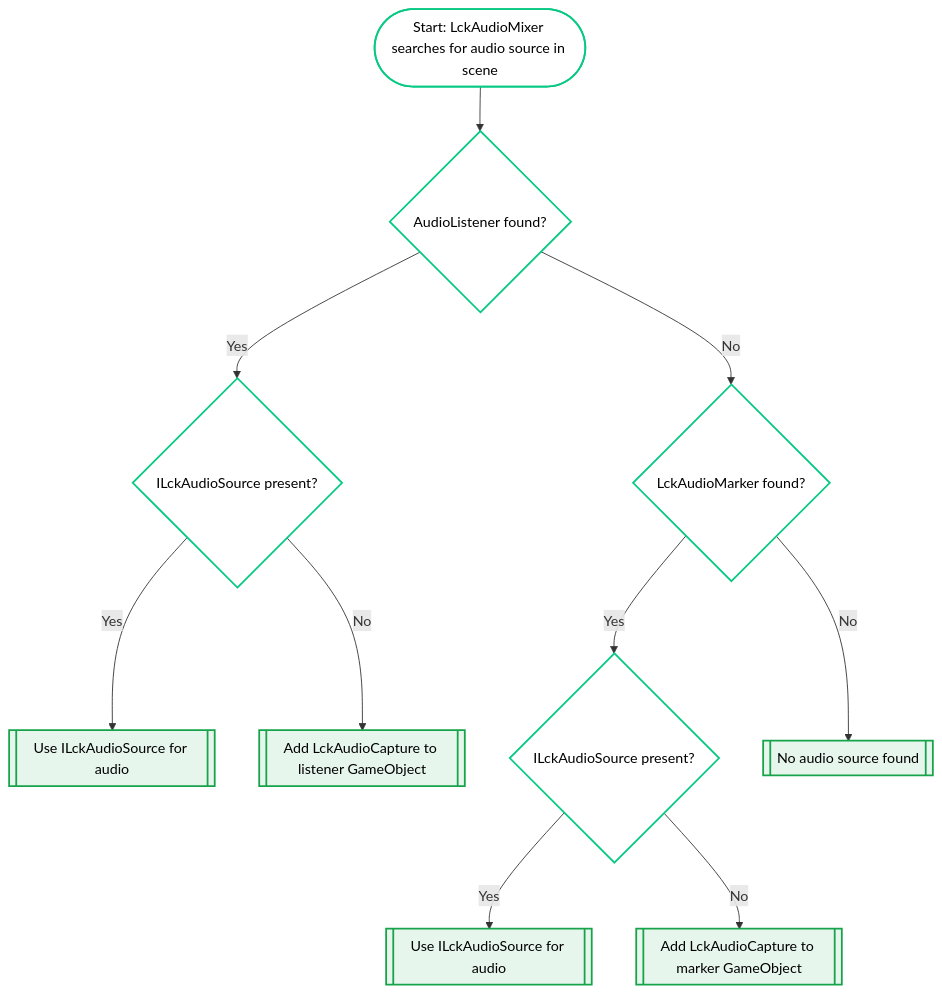
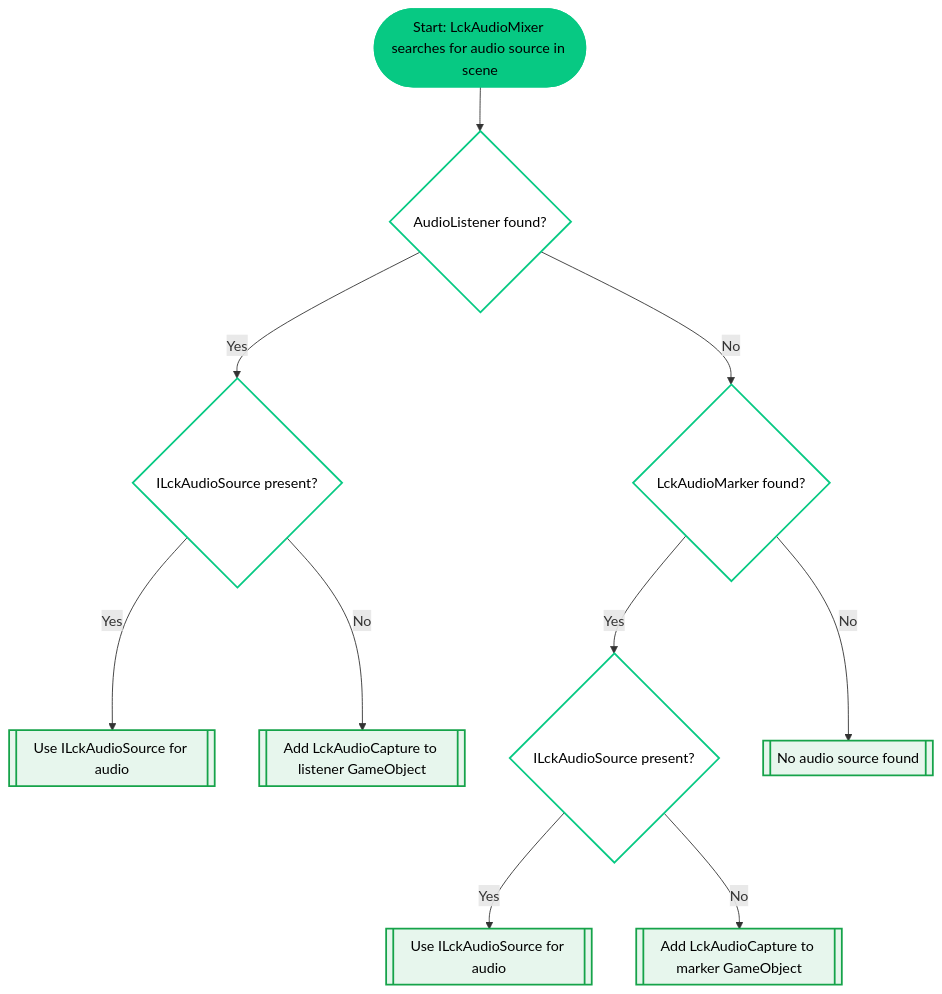
The diagram in customisation/audio.mdx (freydog-liv/docs), drawn with Mermaid before and after one commit.

Commit message:
Documentation edits made through Mintlify web editor

````diff
--- a/customisation/audio.mdx
+++ b/customisation/audio.mdx
@@ -13,29 +13,29 @@
 ```mermaid
 flowchart TD
     A([Start: LckAudioMixer searches for audio source in scene]) --> B{AudioListener found?}
 
     B -->|Yes| C{ILckAudioSource present?}
     C -->|Yes| D[[Use ILckAudioSource for audio]]
     C -->|No| E[[Add LckAudioCapture to listener GameObject]]
 
     B -->|No| F{LckAudioMarker found?}
     F -->|Yes| G{ILckAudioSource present?}
     G -->|Yes| H[[Use ILckAudioSource for audio]]
     G -->|No| I[[Add LckAudioCapture to marker GameObject]]
 
     F -->|No| J[[No audio source found]]
 
 
          %% Styling
-    style A fill:#FFFFFF,stroke:#07C983,stroke-width:2px,color:#000000
+    style A fill:#07C983,stroke:#07C983,stroke-width:2px,color:#000000
     style B fill:#FFFFFF,stroke:#07C983,stroke-width:2px,color:#000000
     style C fill:#FFFFFF,stroke:#07C983,stroke-width:2px,color:#000000
     style F fill:#FFFFFF,stroke:#07C983,stroke-width:2px,color:#000000
     style G fill:#FFFFFF,stroke:#07C983,stroke-width:2px,color:#000000
 
     style D fill:#E7F6ED,stroke:#16A34A,stroke-width:2px,color:#000000
     style E fill:#E7F6ED,stroke:#16A34A,stroke-width:2px,color:#000000
     style H fill:#E7F6ED,stroke:#16A34A,stroke-width:2px,color:#000000
     style I fill:#E7F6ED,stroke:#16A34A,stroke-width:2px,color:#000000
     style J fill:#E7F6ED,stroke:#16A34A,stroke-width:2px,color:#000000
 ```
````
